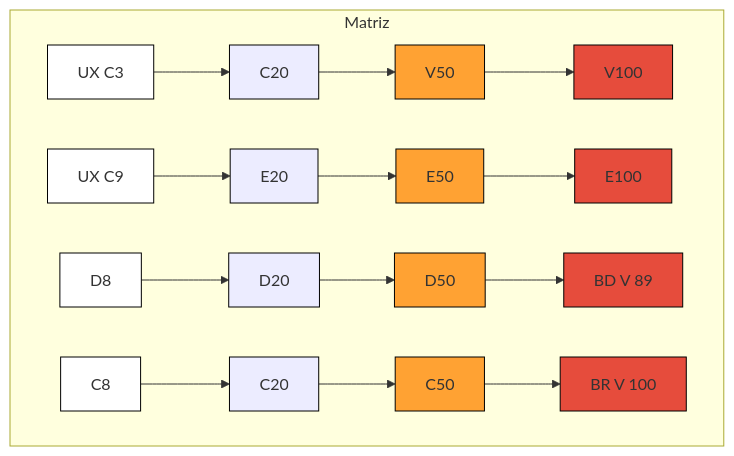
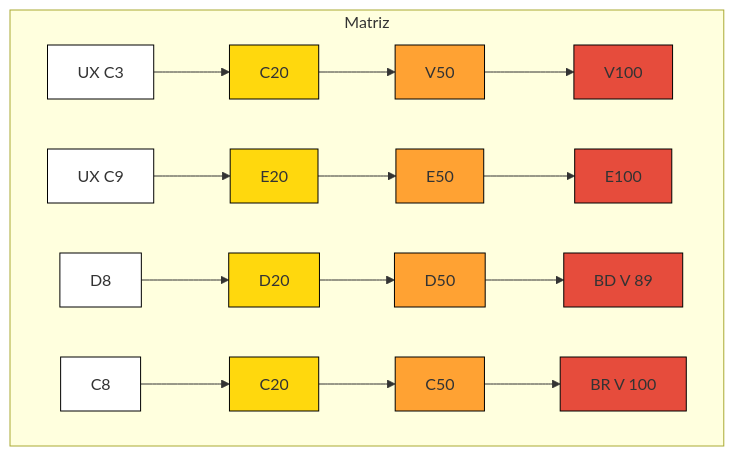
One commit to AnandaMazine/Grafico-Gantt changed the second of 2 diagrams in README.md. Above: the diagram before and after it, drawn with Mermaid.

````diff
--- a/README.md
+++ b/README.md
@@ -42,14 +42,14 @@
 ```mermaid
 graph TD
   subgraph Matriz
 A1["UX C3"]:::branco --> A2["C20"]:::amarelo --> A3["V50"]:::laranja --> A4["V100"]:::vermelho
 B1["UX C9"]:::branco --> B2["E20"]:::amarelo --> B3["E50"]:::laranja --> B4["E100"]:::vermelho
 C1["D8"]:::branco --> C2["D20"]:::amarelo --> C3["D50"]:::laranja --> C4["BD V 89"]:::vermelho
 D1["C8"]:::branco --> D2["C20"]:::amarelo --> D3["C50"]:::laranja --> D4["BR V 100"]:::vermelho
 
   end
 classDef branco fill:#fff, stroke:#000, stroke-width:1px;
-classDef amarelo fill:#FFD8D, stroke:#000, stroke-width:1px;
+classDef amarelo fill:#FFD80D, stroke:#000, stroke-width:1px;
 classDef laranja fill:#FFA233, stroke:#000, stroke-width:1px;
 classDef vermelho fill:#E64C3C, stroke:#000, stroke-width:1px;
 ```
````
